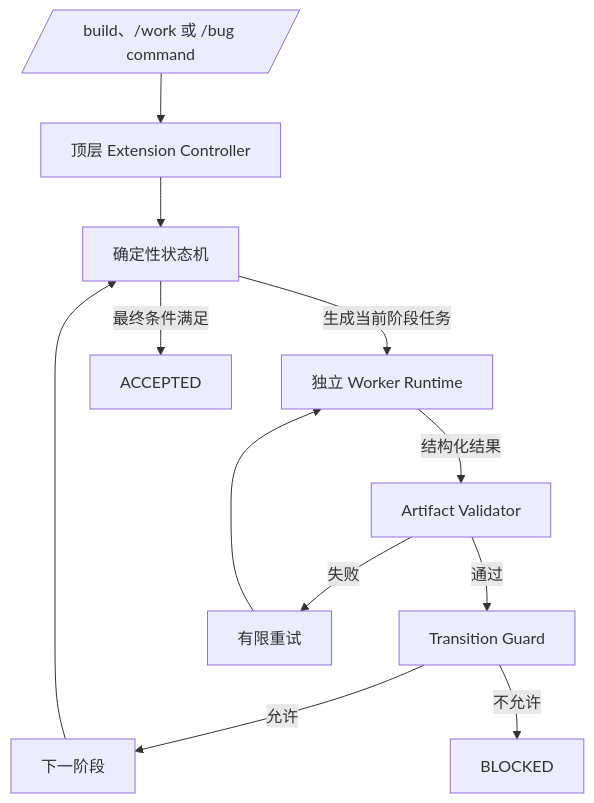
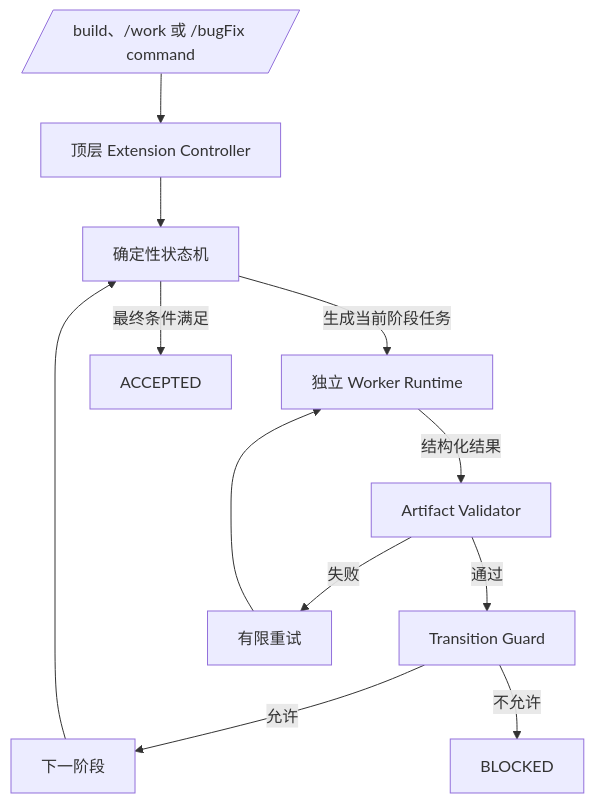
The fifth of 9 diagrams in docs/00-repository-organization/extension-granularity.md (ZHOUKAILIAN/my-pi-extension), drawn with Mermaid before and after one commit. The commit also changed other lines of this file and 29 other files, not shown here.

````diff
--- a/docs/00-repository-organization/extension-granularity.md
+++ b/docs/00-repository-organization/extension-granularity.md
@@ -149,14 +149,14 @@
 ```mermaid
 flowchart TB
-    input[/build、/work 或 /bug command/] --> controller[顶层 Extension Controller]
+    input[/build、/work 或 /bugFix command/] --> controller[顶层 Extension Controller]
     controller --> stateMachine[确定性状态机]
     stateMachine -->|生成当前阶段任务| worker[独立 Worker Runtime]
     worker -->|结构化结果| validator[Artifact Validator]
     validator -->|通过| gate[Transition Guard]
     validator -->|失败| retry[有限重试]
     retry --> worker
     gate -->|允许| next[下一阶段]
     gate -->|不允许| blocked[BLOCKED]
     next --> stateMachine
     stateMachine -->|最终条件满足| accepted[ACCEPTED]
 ```
````
